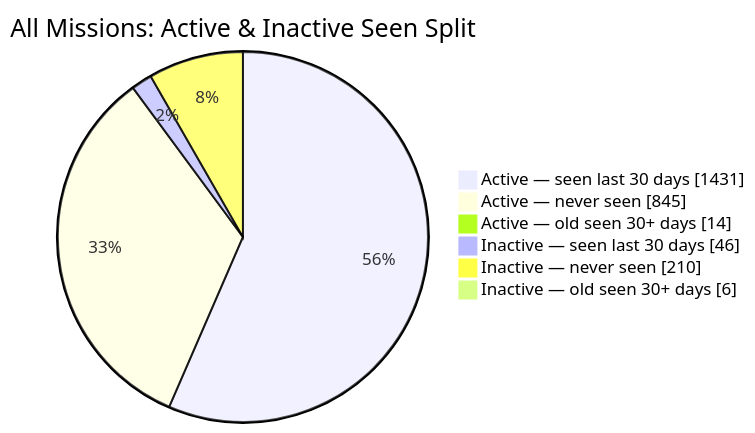
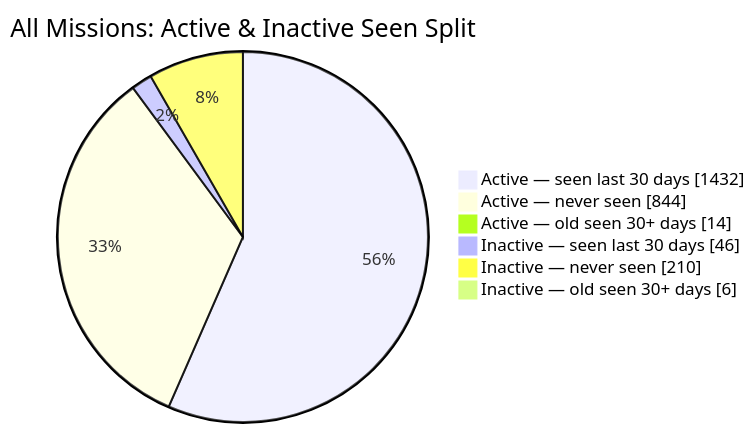
The second of 2 diagrams in README.md (MeldkamerspelGameTeam/active-missions), drawn with Mermaid before and after one commit. The commit also changed other lines of this file and 3 other files, not shown here.

````diff
--- a/README.md
+++ b/README.md
@@ -44,10 +44,10 @@
 ```mermaid
 pie showData
     title All Missions: Active & Inactive Seen Split
-    "Active — seen last 30 days" : 1431
-    "Active — never seen" : 845
+    "Active — seen last 30 days" : 1432
+    "Active — never seen" : 844
     "Active — old seen 30+ days" : 14
     "Inactive — seen last 30 days" : 46
     "Inactive — never seen" : 210
     "Inactive — old seen 30+ days" : 6
 ```
````
